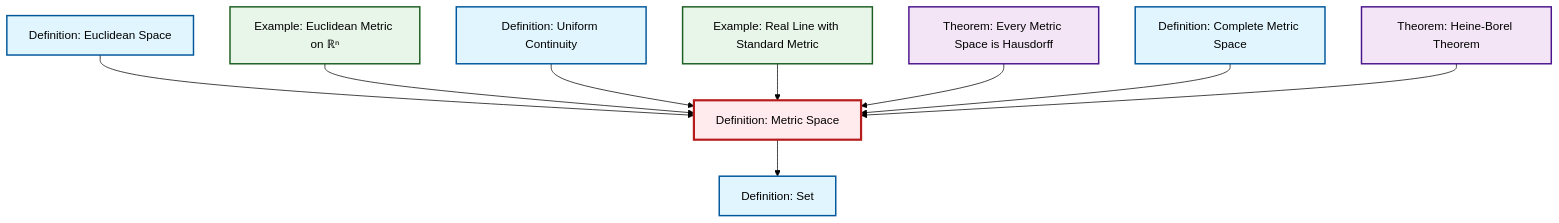
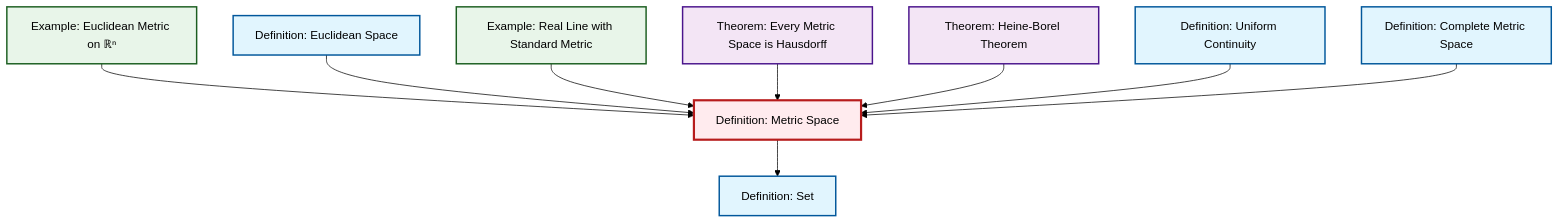
Before and after one commit to RK0429/ModernMath: the diagram in content/en/analysis/def-metric-space.qmd, drawn with Mermaid (forest theme). The commit also changed other lines of this file and 497 other files, not shown here.

````diff
--- a/content/en/analysis/def-metric-space.qmd
+++ b/content/en/analysis/def-metric-space.qmd
@@ -50,35 +50,35 @@
 ```{mermaid}
 %%| fig-cap: "Local dependency graph"
 graph TD
     classDef definition fill:#e1f5fe,stroke:#01579b,stroke-width:2px
     classDef theorem fill:#f3e5f5,stroke:#4a148c,stroke-width:2px
     classDef axiom fill:#fff3e0,stroke:#e65100,stroke-width:2px
     classDef example fill:#e8f5e9,stroke:#1b5e20,stroke-width:2px
     classDef current fill:#ffebee,stroke:#b71c1c,stroke-width:3px
+    def-uniform-continuity["Definition: Uniform Continuity"]:::definition
+    ex-real-line-metric["Example: Real Line with Standard Metric"]:::example
+    def-set["Definition: Set"]:::definition
+    def-complete-metric-space["Definition: Complete Metric Space"]:::definition
+    def-euclidean-space["Definition: Euclidean Space"]:::definition
+    thm-metric-hausdorff["Theorem: Every Metric Space is Hausdorff"]:::theorem
     def-metric-space["Definition: Metric Space"]:::definition
-    thm-metric-hausdorff["Theorem: Every Metric Space is Hausdorff"]:::theorem
     thm-heine-borel["Theorem: Heine-Borel Theorem"]:::theorem
-    def-uniform-continuity["Definition: Uniform Continuity"]:::definition
-    def-set["Definition: Set"]:::definition
     ex-euclidean-metric["Example: Euclidean Metric on ℝⁿ"]:::example
-    def-euclidean-space["Definition: Euclidean Space"]:::definition
-    ex-real-line-metric["Example: Real Line with Standard Metric"]:::example
-    def-complete-metric-space["Definition: Complete Metric Space"]:::definition
+    ex-euclidean-metric --> def-metric-space
+    def-metric-space --> def-set
     def-euclidean-space --> def-metric-space
-    ex-euclidean-metric --> def-metric-space
+    ex-real-line-metric --> def-metric-space
+    thm-metric-hausdorff --> def-metric-space
+    thm-heine-borel --> def-metric-space
     def-uniform-continuity --> def-metric-space
-    ex-real-line-metric --> def-metric-space
-    def-metric-space --> def-set
-    thm-metric-hausdorff --> def-metric-space
     def-complete-metric-space --> def-metric-space
-    thm-heine-borel --> def-metric-space
     class def-metric-space current
+    click def-uniform-continuity "def-uniform-continuity.html" "Go to Uniform Continuity definition"
+    click ex-real-line-metric "ex-real-line-metric.html" "Go to Real Line with Standard Metric example"
+    click def-set "def-set.html" "Go to Set definition"
+    click def-complete-metric-space "def-complete-metric-space.html" "Go to Complete Metric Space definition"
+    click def-euclidean-space "def-euclidean-space.html" "Go to Euclidean Space definition"
     click thm-metric-hausdorff "thm-metric-hausdorff.html" "Go to Every Metric Space is Hausdorff theorem"
     click thm-heine-borel "thm-heine-borel.html" "Go to Heine-Borel Theorem theorem"
-    click def-uniform-continuity "def-uniform-continuity.html" "Go to Uniform Continuity definition"
-    click def-set "def-set.html" "Go to Set definition"
     click ex-euclidean-metric "ex-euclidean-metric.html" "Go to Euclidean Metric on ℝⁿ example"
-    click def-euclidean-space "def-euclidean-space.html" "Go to Euclidean Space definition"
-    click ex-real-line-metric "ex-real-line-metric.html" "Go to Real Line with Standard Metric example"
-    click def-complete-metric-space "def-complete-metric-space.html" "Go to Complete Metric Space definition"
 ```
````
